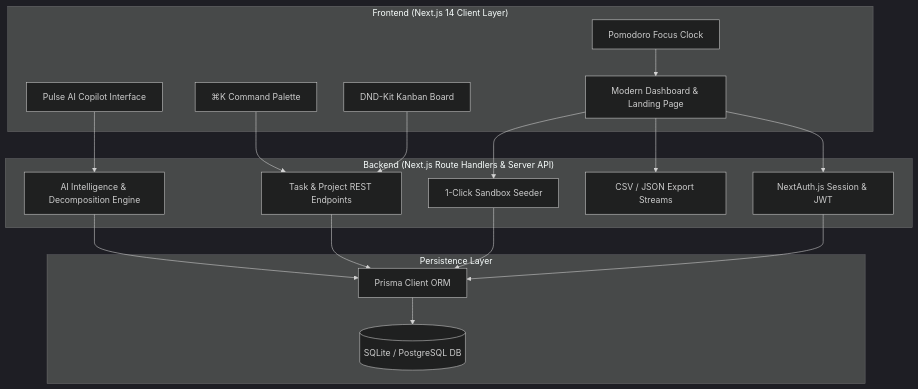
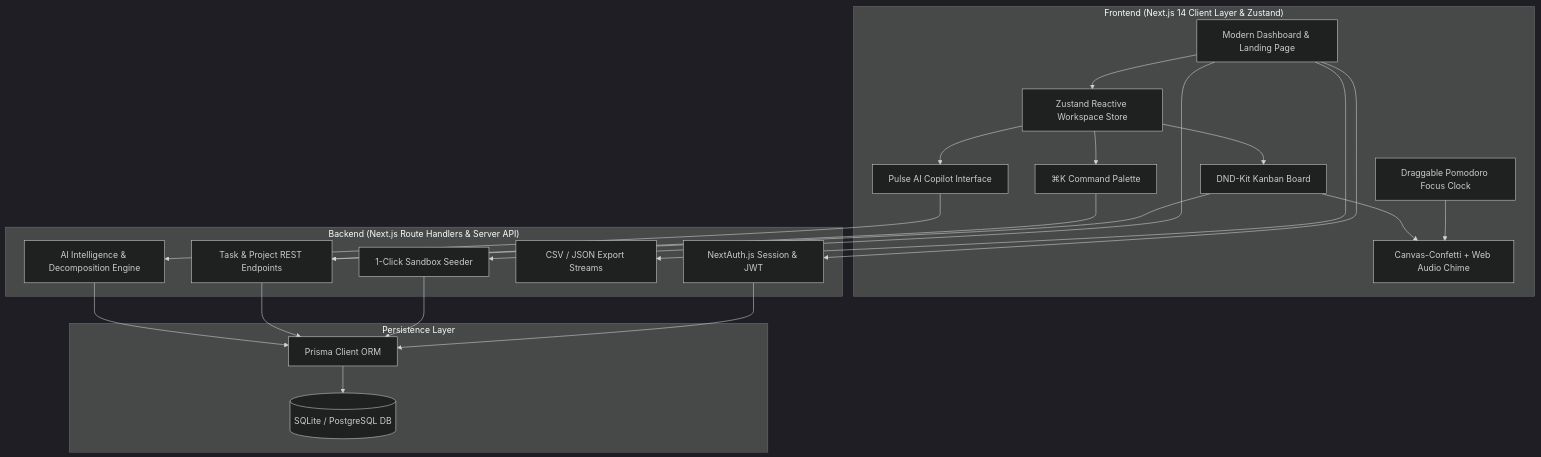
Before and after one commit to Nirvik26/Pulse: the first of 2 diagrams in README.md, drawn with Mermaid (dark theme). The commit also changed other lines of this file and 29 other files, not shown here.

Commit message:
feat: zustand and confetti

````diff
--- a/README.md
+++ b/README.md
@@ -80,37 +92,44 @@
 ```mermaid
 flowchart TD
-    subgraph Client["Frontend (Next.js 14 Client Layer)"]
+    subgraph Client["Frontend (Next.js 14 Client Layer & Zustand)"]
         UI[Modern Dashboard & Landing Page]
+        ZStore[Zustand Reactive Workspace Store]
         CP[⌘K Command Palette]
         Kanban[DND-Kit Kanban Board]
-        Timer[Pomodoro Focus Clock]
+        Timer[Draggable Pomodoro Focus Clock]
         Chat[Pulse AI Copilot Interface]
+        Celebration[Canvas-Confetti + Web Audio Chime]
     end
 
     subgraph Server["Backend (Next.js Route Handlers & Server API)"]
         Auth[NextAuth.js Session & JWT]
         AI_Route[AI Intelligence & Decomposition Engine]
         Task_Route[Task & Project REST Endpoints]
         Export_Route[CSV / JSON Export Streams]
         Demo_Route[1-Click Sandbox Seeder]
     end
 
     subgraph Data["Persistence Layer"]
         PrismaORM[Prisma Client ORM]
         DB[(SQLite / PostgreSQL DB)]
     end
 
+    UI --> ZStore
+    ZStore --> CP
+    ZStore --> Kanban
+    ZStore --> Chat
+    Kanban --> Celebration
+    Timer --> Celebration
     UI --> Auth
     CP --> Task_Route
     Kanban --> Task_Route
     Chat --> AI_Route
-    Timer --> UI
     UI --> Export_Route
     UI --> Demo_Route
 
     AI_Route --> PrismaORM
     Task_Route --> PrismaORM
     Demo_Route --> PrismaORM
     Auth --> PrismaORM
     PrismaORM --> DB
 ```
````
